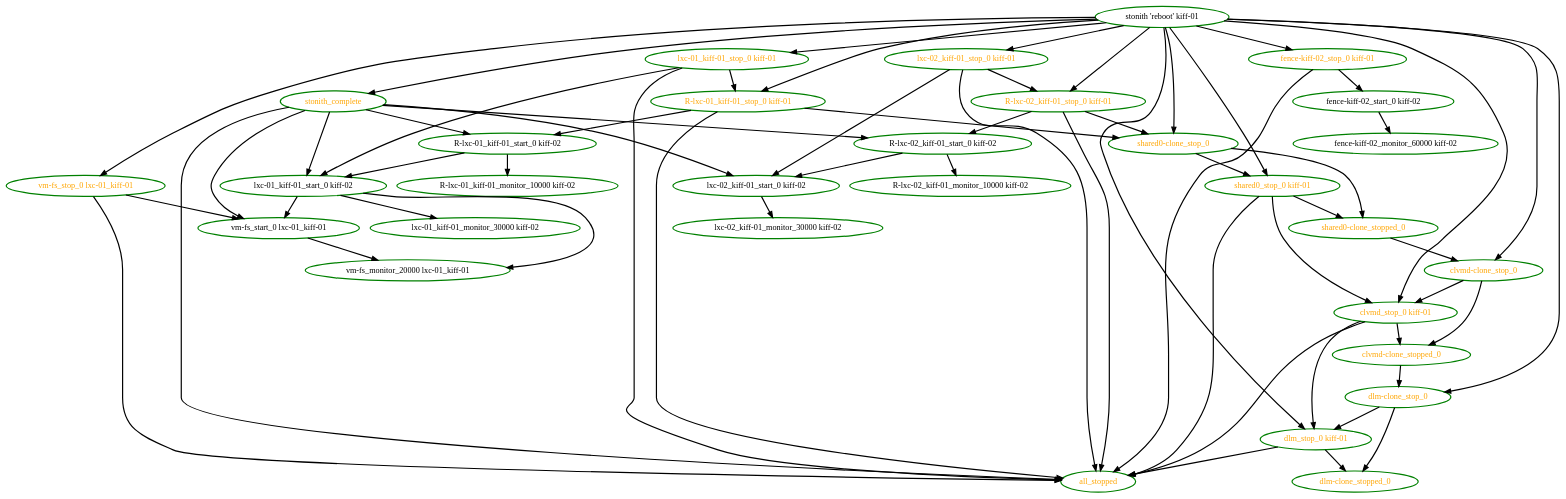
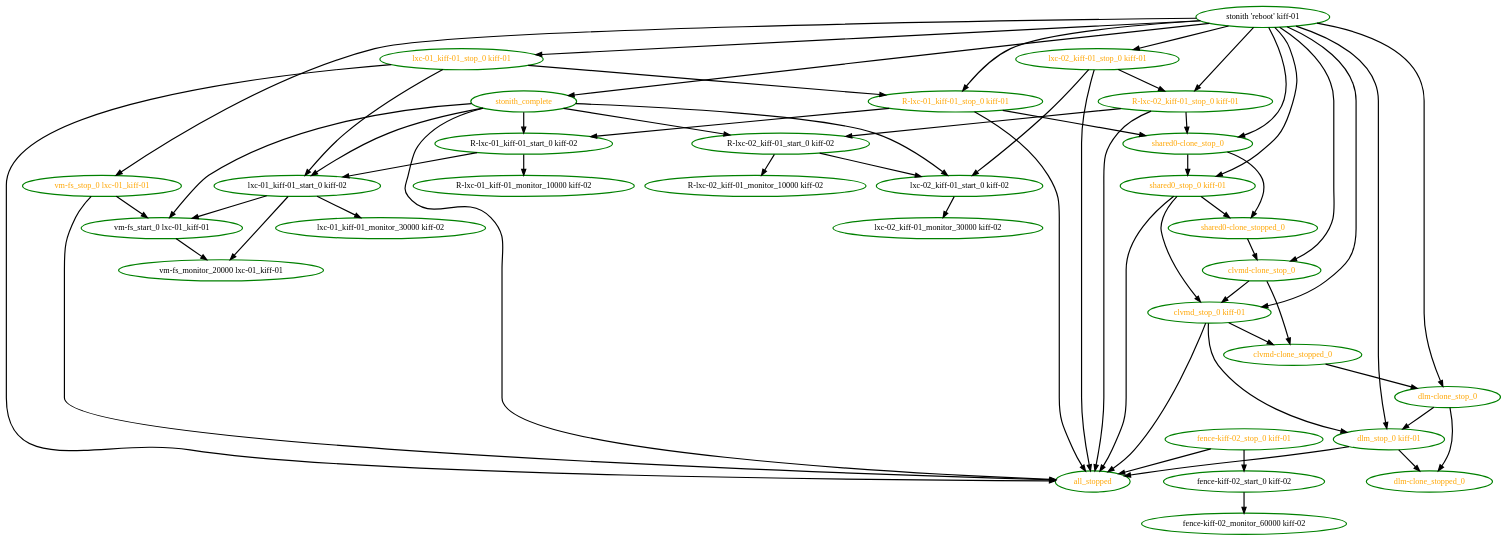
One commit to ClusterLabs/pacemaker changed the diagram in pengine/test10/whitebox-imply-stop-on-fence.dot. Above: the diagram before and after it, drawn with Graphviz. The commit also changed 18 other files, not shown here.

```diff
--- a/pengine/test10/whitebox-imply-stop-on-fence.dot
+++ b/pengine/test10/whitebox-imply-stop-on-fence.dot
@@ -1,93 +1,92 @@
  digraph "g" {
 "R-lxc-01_kiff-01_monitor_10000 kiff-02" [ style=bold color="green" fontcolor="black"]
 "R-lxc-01_kiff-01_start_0 kiff-02" -> "R-lxc-01_kiff-01_monitor_10000 kiff-02" [ style = bold]
 "R-lxc-01_kiff-01_start_0 kiff-02" -> "lxc-01_kiff-01_start_0 kiff-02" [ style = bold]
 "R-lxc-01_kiff-01_start_0 kiff-02" [ style=bold color="green" fontcolor="black"]
 "R-lxc-01_kiff-01_stop_0 kiff-01" -> "R-lxc-01_kiff-01_start_0 kiff-02" [ style = bold]
 "R-lxc-01_kiff-01_stop_0 kiff-01" -> "all_stopped" [ style = bold]
 "R-lxc-01_kiff-01_stop_0 kiff-01" -> "shared0-clone_stop_0" [ style = bold]
 "R-lxc-01_kiff-01_stop_0 kiff-01" [ style=bold color="green" fontcolor="orange"]
 "R-lxc-02_kiff-01_monitor_10000 kiff-02" [ style=bold color="green" fontcolor="black"]
 "R-lxc-02_kiff-01_start_0 kiff-02" -> "R-lxc-02_kiff-01_monitor_10000 kiff-02" [ style = bold]
 "R-lxc-02_kiff-01_start_0 kiff-02" -> "lxc-02_kiff-01_start_0 kiff-02" [ style = bold]
 "R-lxc-02_kiff-01_start_0 kiff-02" [ style=bold color="green" fontcolor="black"]
 "R-lxc-02_kiff-01_stop_0 kiff-01" -> "R-lxc-02_kiff-01_start_0 kiff-02" [ style = bold]
 "R-lxc-02_kiff-01_stop_0 kiff-01" -> "all_stopped" [ style = bold]
 "R-lxc-02_kiff-01_stop_0 kiff-01" -> "shared0-clone_stop_0" [ style = bold]
 "R-lxc-02_kiff-01_stop_0 kiff-01" [ style=bold color="green" fontcolor="orange"]
 "all_stopped" [ style=bold color="green" fontcolor="orange"]
 "clvmd-clone_stop_0" -> "clvmd-clone_stopped_0" [ style = bold]
 "clvmd-clone_stop_0" -> "clvmd_stop_0 kiff-01" [ style = bold]
 "clvmd-clone_stop_0" [ style=bold color="green" fontcolor="orange"]
 "clvmd-clone_stopped_0" -> "dlm-clone_stop_0" [ style = bold]
 "clvmd-clone_stopped_0" [ style=bold color="green" fontcolor="orange"]
 "clvmd_stop_0 kiff-01" -> "all_stopped" [ style = bold]
 "clvmd_stop_0 kiff-01" -> "clvmd-clone_stopped_0" [ style = bold]
 "clvmd_stop_0 kiff-01" -> "dlm_stop_0 kiff-01" [ style = bold]
 "clvmd_stop_0 kiff-01" [ style=bold color="green" fontcolor="orange"]
 "dlm-clone_stop_0" -> "dlm-clone_stopped_0" [ style = bold]
 "dlm-clone_stop_0" -> "dlm_stop_0 kiff-01" [ style = bold]
 "dlm-clone_stop_0" [ style=bold color="green" fontcolor="orange"]
 "dlm-clone_stopped_0" [ style=bold color="green" fontcolor="orange"]
 "dlm_stop_0 kiff-01" -> "all_stopped" [ style = bold]
 "dlm_stop_0 kiff-01" -> "dlm-clone_stopped_0" [ style = bold]
 "dlm_stop_0 kiff-01" [ style=bold color="green" fontcolor="orange"]
 "fence-kiff-02_monitor_60000 kiff-02" [ style=bold color="green" fontcolor="black"]
 "fence-kiff-02_start_0 kiff-02" -> "fence-kiff-02_monitor_60000 kiff-02" [ style = bold]
 "fence-kiff-02_start_0 kiff-02" [ style=bold color="green" fontcolor="black"]
 "fence-kiff-02_stop_0 kiff-01" -> "all_stopped" [ style = bold]
 "fence-kiff-02_stop_0 kiff-01" -> "fence-kiff-02_start_0 kiff-02" [ style = bold]
 "fence-kiff-02_stop_0 kiff-01" [ style=bold color="green" fontcolor="orange"]
 "lxc-01_kiff-01_monitor_30000 kiff-02" [ style=bold color="green" fontcolor="black"]
 "lxc-01_kiff-01_start_0 kiff-02" -> "lxc-01_kiff-01_monitor_30000 kiff-02" [ style = bold]
 "lxc-01_kiff-01_start_0 kiff-02" -> "vm-fs_monitor_20000 lxc-01_kiff-01" [ style = bold]
 "lxc-01_kiff-01_start_0 kiff-02" -> "vm-fs_start_0 lxc-01_kiff-01" [ style = bold]
 "lxc-01_kiff-01_start_0 kiff-02" [ style=bold color="green" fontcolor="black"]
 "lxc-01_kiff-01_stop_0 kiff-01" -> "R-lxc-01_kiff-01_stop_0 kiff-01" [ style = bold]
 "lxc-01_kiff-01_stop_0 kiff-01" -> "all_stopped" [ style = bold]
 "lxc-01_kiff-01_stop_0 kiff-01" -> "lxc-01_kiff-01_start_0 kiff-02" [ style = bold]
 "lxc-01_kiff-01_stop_0 kiff-01" [ style=bold color="green" fontcolor="orange"]
 "lxc-02_kiff-01_monitor_30000 kiff-02" [ style=bold color="green" fontcolor="black"]
 "lxc-02_kiff-01_start_0 kiff-02" -> "lxc-02_kiff-01_monitor_30000 kiff-02" [ style = bold]
 "lxc-02_kiff-01_start_0 kiff-02" [ style=bold color="green" fontcolor="black"]
 "lxc-02_kiff-01_stop_0 kiff-01" -> "R-lxc-02_kiff-01_stop_0 kiff-01" [ style = bold]
 "lxc-02_kiff-01_stop_0 kiff-01" -> "all_stopped" [ style = bold]
 "lxc-02_kiff-01_stop_0 kiff-01" -> "lxc-02_kiff-01_start_0 kiff-02" [ style = bold]
 "lxc-02_kiff-01_stop_0 kiff-01" [ style=bold color="green" fontcolor="orange"]
 "shared0-clone_stop_0" -> "shared0-clone_stopped_0" [ style = bold]
 "shared0-clone_stop_0" -> "shared0_stop_0 kiff-01" [ style = bold]
 "shared0-clone_stop_0" [ style=bold color="green" fontcolor="orange"]
 "shared0-clone_stopped_0" -> "clvmd-clone_stop_0" [ style = bold]
 "shared0-clone_stopped_0" [ style=bold color="green" fontcolor="orange"]
 "shared0_stop_0 kiff-01" -> "all_stopped" [ style = bold]
 "shared0_stop_0 kiff-01" -> "clvmd_stop_0 kiff-01" [ style = bold]
 "shared0_stop_0 kiff-01" -> "shared0-clone_stopped_0" [ style = bold]
 "shared0_stop_0 kiff-01" [ style=bold color="green" fontcolor="orange"]
 "stonith 'reboot' kiff-01" -> "R-lxc-01_kiff-01_stop_0 kiff-01" [ style = bold]
 "stonith 'reboot' kiff-01" -> "R-lxc-02_kiff-01_stop_0 kiff-01" [ style = bold]
 "stonith 'reboot' kiff-01" -> "clvmd-clone_stop_0" [ style = bold]
 "stonith 'reboot' kiff-01" -> "clvmd_stop_0 kiff-01" [ style = bold]
 "stonith 'reboot' kiff-01" -> "dlm-clone_stop_0" [ style = bold]
 "stonith 'reboot' kiff-01" -> "dlm_stop_0 kiff-01" [ style = bold]
-"stonith 'reboot' kiff-01" -> "fence-kiff-02_stop_0 kiff-01" [ style = bold]
 "stonith 'reboot' kiff-01" -> "lxc-01_kiff-01_stop_0 kiff-01" [ style = bold]
 "stonith 'reboot' kiff-01" -> "lxc-02_kiff-01_stop_0 kiff-01" [ style = bold]
 "stonith 'reboot' kiff-01" -> "shared0-clone_stop_0" [ style = bold]
 "stonith 'reboot' kiff-01" -> "shared0_stop_0 kiff-01" [ style = bold]
 "stonith 'reboot' kiff-01" -> "stonith_complete" [ style = bold]
 "stonith 'reboot' kiff-01" -> "vm-fs_stop_0 lxc-01_kiff-01" [ style = bold]
 "stonith 'reboot' kiff-01" [ style=bold color="green" fontcolor="black"]
 "stonith_complete" -> "R-lxc-01_kiff-01_start_0 kiff-02" [ style = bold]
 "stonith_complete" -> "R-lxc-02_kiff-01_start_0 kiff-02" [ style = bold]
 "stonith_complete" -> "all_stopped" [ style = bold]
 "stonith_complete" -> "lxc-01_kiff-01_start_0 kiff-02" [ style = bold]
 "stonith_complete" -> "lxc-02_kiff-01_start_0 kiff-02" [ style = bold]
 "stonith_complete" -> "vm-fs_start_0 lxc-01_kiff-01" [ style = bold]
 "stonith_complete" [ style=bold color="green" fontcolor="orange"]
 "vm-fs_monitor_20000 lxc-01_kiff-01" [ style=bold color="green" fontcolor="black"]
 "vm-fs_start_0 lxc-01_kiff-01" -> "vm-fs_monitor_20000 lxc-01_kiff-01" [ style = bold]
 "vm-fs_start_0 lxc-01_kiff-01" [ style=bold color="green" fontcolor="black"]
 "vm-fs_stop_0 lxc-01_kiff-01" -> "all_stopped" [ style = bold]
 "vm-fs_stop_0 lxc-01_kiff-01" -> "vm-fs_start_0 lxc-01_kiff-01" [ style = bold]
 "vm-fs_stop_0 lxc-01_kiff-01" [ style=bold color="green" fontcolor="orange"]
 }
```
